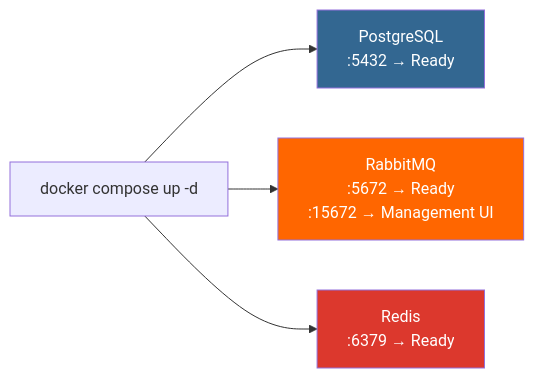
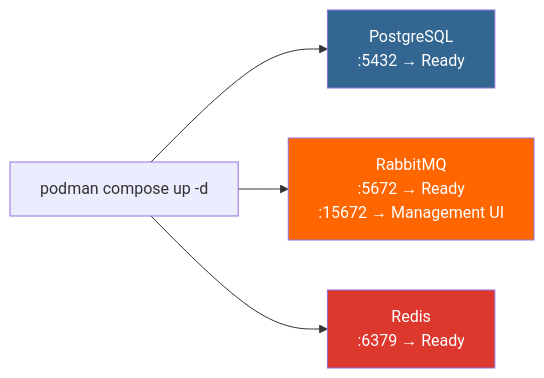
One commit to deusemarjunior/trein-java-intermed changed the third of 7 diagrams in dia-06/slide-10.md. Above: the diagram before and after it, drawn with Mermaid. The commit also changed other lines of this file and 100 other files, not shown here.

Commit message:
removendo docker adicionando podman

````diff
--- a/dia-06/slide-10.md
+++ b/dia-06/slide-10.md
@@ -99,11 +99,11 @@
 ```mermaid
 graph LR
-    DC["docker compose up -d"]
+    DC["podman compose up -d"]
     DC --> PG["PostgreSQL<br/>:5432 → Ready"]
     DC --> RB["RabbitMQ<br/>:5672 → Ready<br/>:15672 → Management UI"]
     DC --> RD["Redis<br/>:6379 → Ready"]
 
     style PG fill:#336791,color:#fff
     style RB fill:#ff6600,color:#fff
     style RD fill:#dc382d,color:#fff
 ```
````
